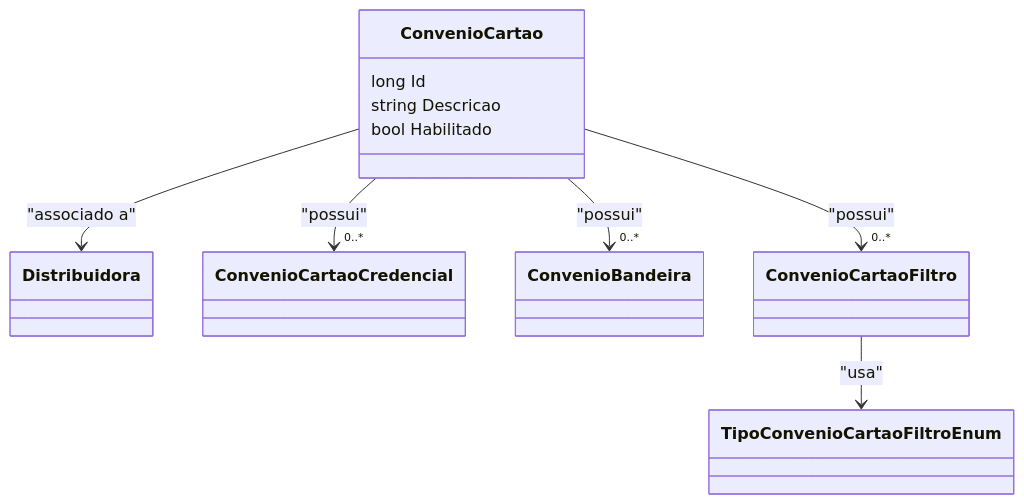
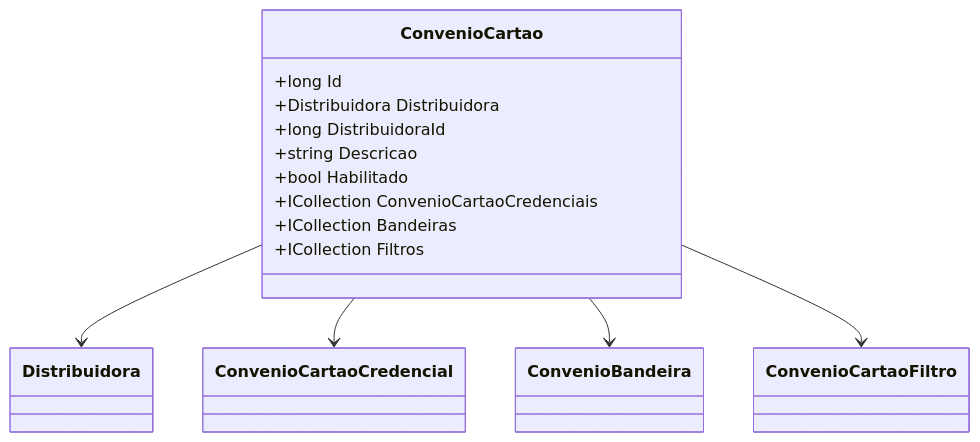
Before and after one commit to IsthmusSistemas/documentacao-tecnica: the second of 2 diagrams in docs/b2b-dominio/IsthmusWinthor.Nucleo/IsthmusWinthor.Dominio/Entidades/ConvenioCartao.md, drawn with Mermaid. The commit also changed other lines of this file and 882 other files, not shown here.

````diff
--- a/docs/b2b-dominio/IsthmusWinthor.Nucleo/IsthmusWinthor.Dominio/Entidades/ConvenioCartao.md
+++ b/docs/b2b-dominio/IsthmusWinthor.Nucleo/IsthmusWinthor.Dominio/Entidades/ConvenioCartao.md
@@ -68,19 +69,22 @@
 ```mermaid
 classDiagram
     class ConvenioCartao {
-        long Id
-        string Descricao
-        bool Habilitado
+        +long Id
+        +Distribuidora Distribuidora
+        +long DistribuidoraId
+        +string Descricao
+        +bool Habilitado
+        +ICollection<ConvenioCartaoCredencial> ConvenioCartaoCredenciais
+        +ICollection<ConvenioBandeira> Bandeiras
+        +ICollection<ConvenioCartaoFiltro> Filtros
     }
     class Distribuidora
     class ConvenioCartaoCredencial
     class ConvenioBandeira
     class ConvenioCartaoFiltro
-    class TipoConvenioCartaoFiltroEnum
 
-    ConvenioCartao --> Distribuidora : "associado a"
-    ConvenioCartao --> "0..*" ConvenioCartaoCredencial : "possui"
-    ConvenioCartao --> "0..*" ConvenioBandeira : "possui"
-    ConvenioCartao --> "0..*" ConvenioCartaoFiltro : "possui"
-    ConvenioCartaoFiltro --> TipoConvenioCartaoFiltroEnum : "usa"
+    ConvenioCartao --> Distribuidora
+    ConvenioCartao --> ConvenioCartaoCredencial
+    ConvenioCartao --> ConvenioBandeira
+    ConvenioCartao --> ConvenioCartaoFiltro
 ```
````
